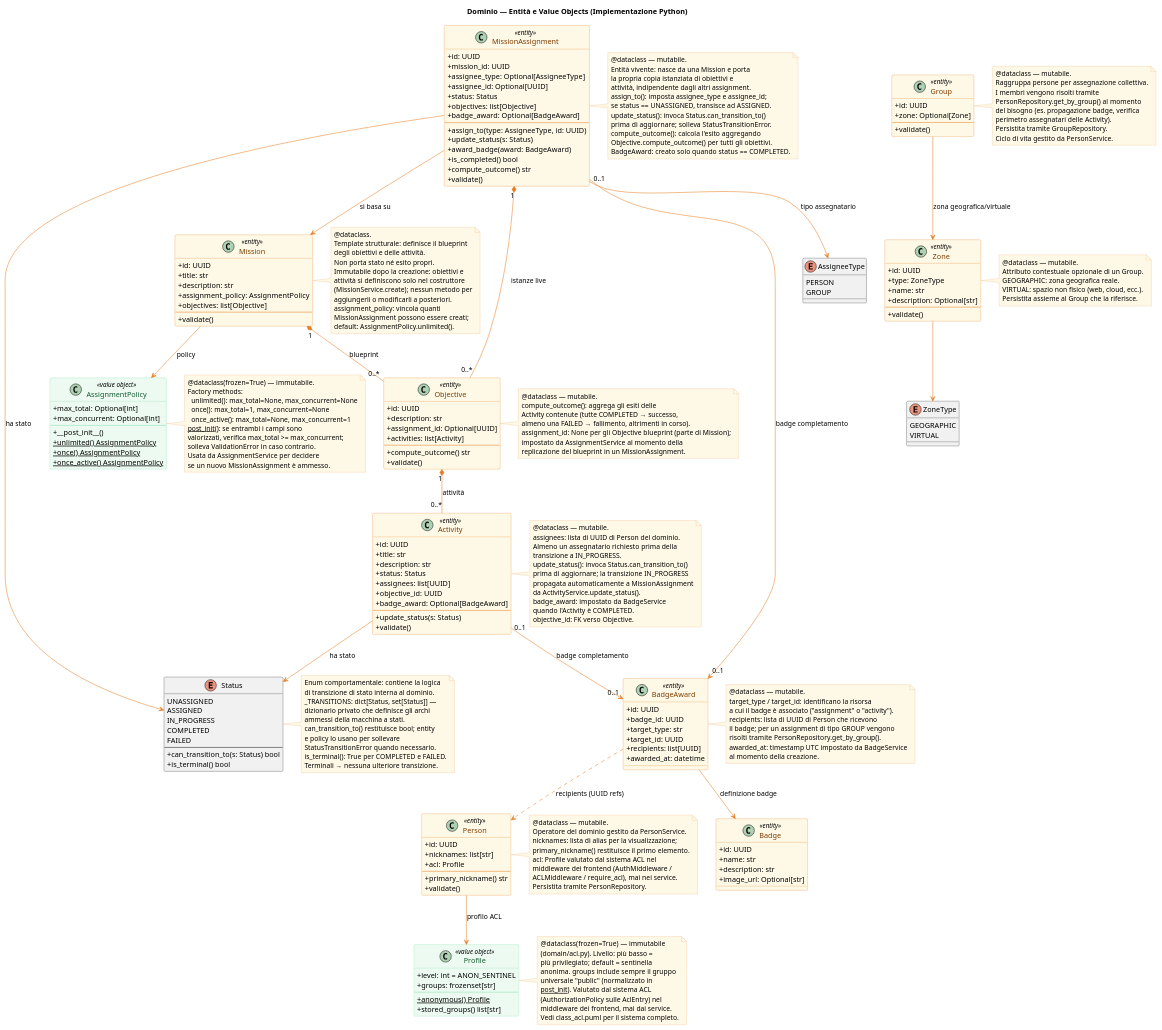
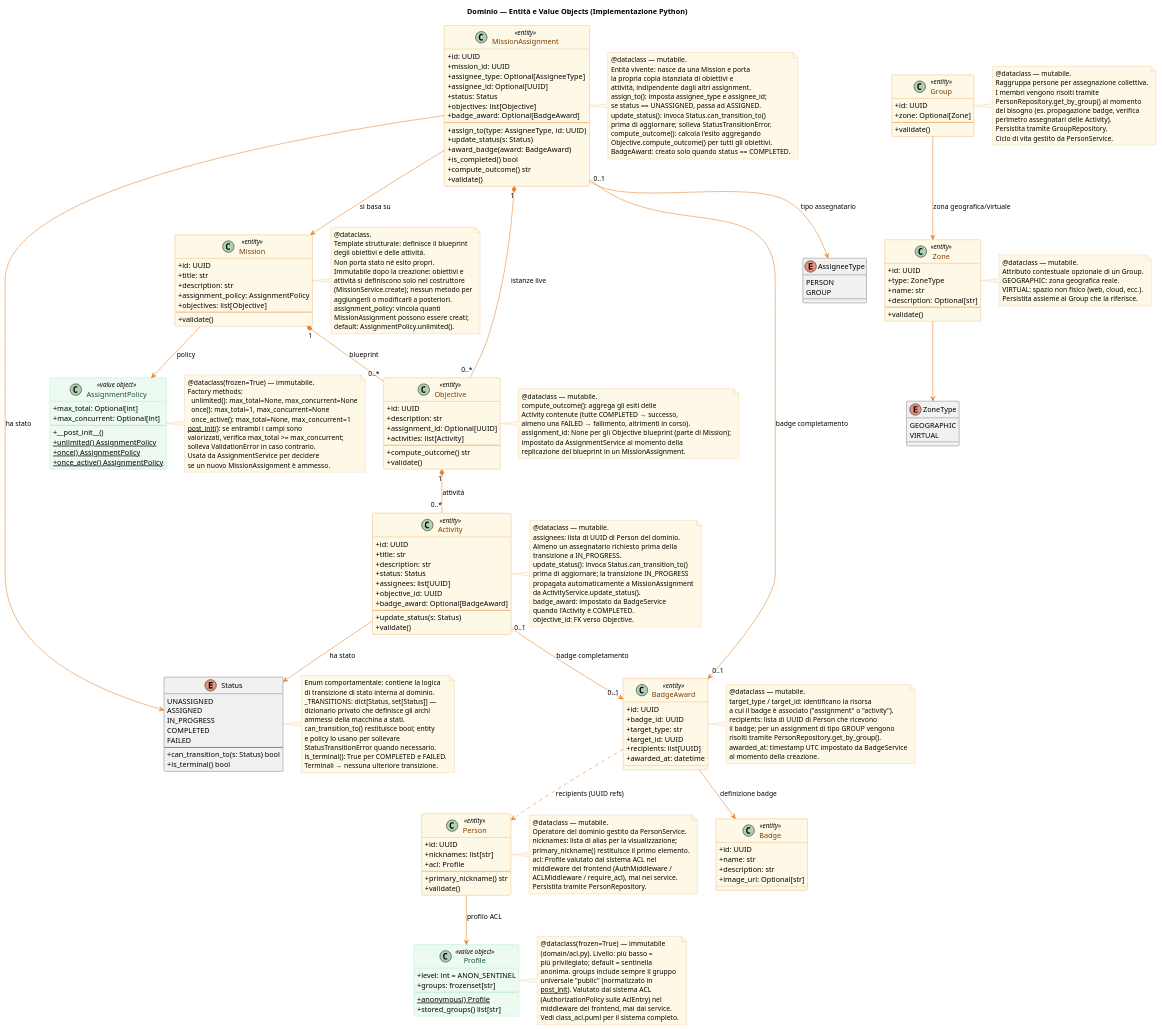
One commit to antlampas/MissionManager changed the diagram in implementation/diagrams/class/class_domain.puml. Above: the diagram before and after it, drawn with PlantUML. The commit also changed 13 other files, not shown here.

Commit message:
docs: corretti testi e diagrammi UML

```diff
--- a/implementation/diagrams/class/class_domain.puml
+++ b/implementation/diagrams/class/class_domain.puml
@@ -158,7 +158,7 @@
   la propria copia istanziata di obiettivi e
   attività, indipendente dagli altri assignment.
   assign_to(): imposta assignee_type e assignee_id;
-  se status == UNASSIGNED, transisce ad ASSIGNED.
+  se status == UNASSIGNED, passa ad ASSIGNED.
   update_status(): invoca Status.can_transition_to()
   prima di aggiornare; solleva StatusTransitionError.
   compute_outcome(): calcola l'esito aggregando
```
